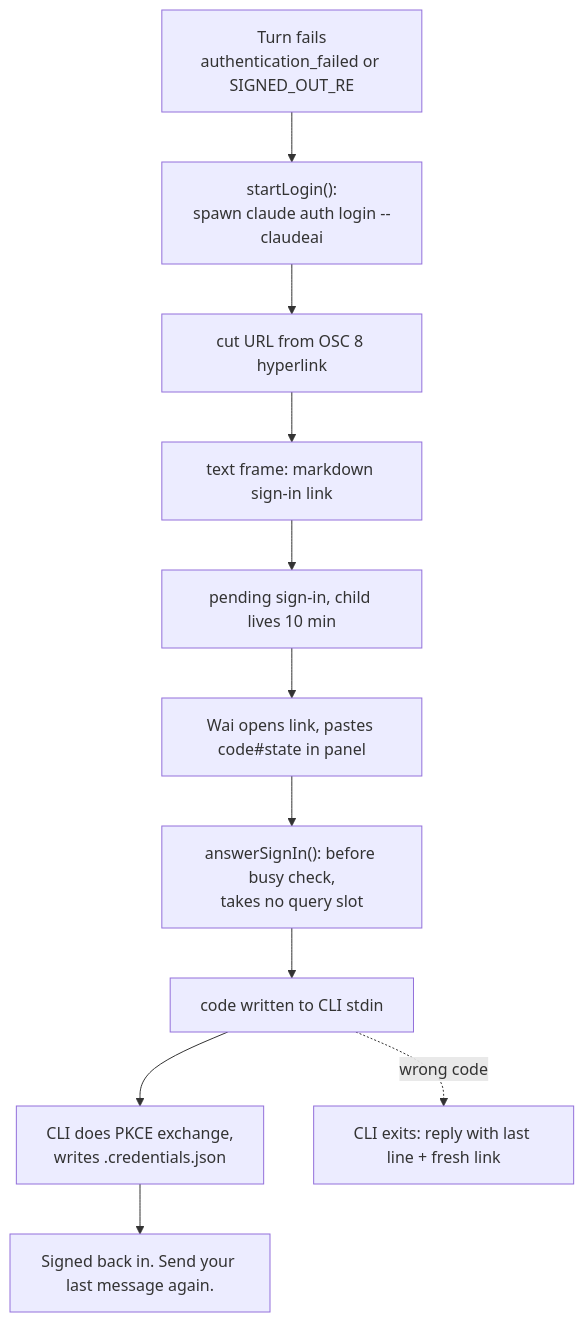
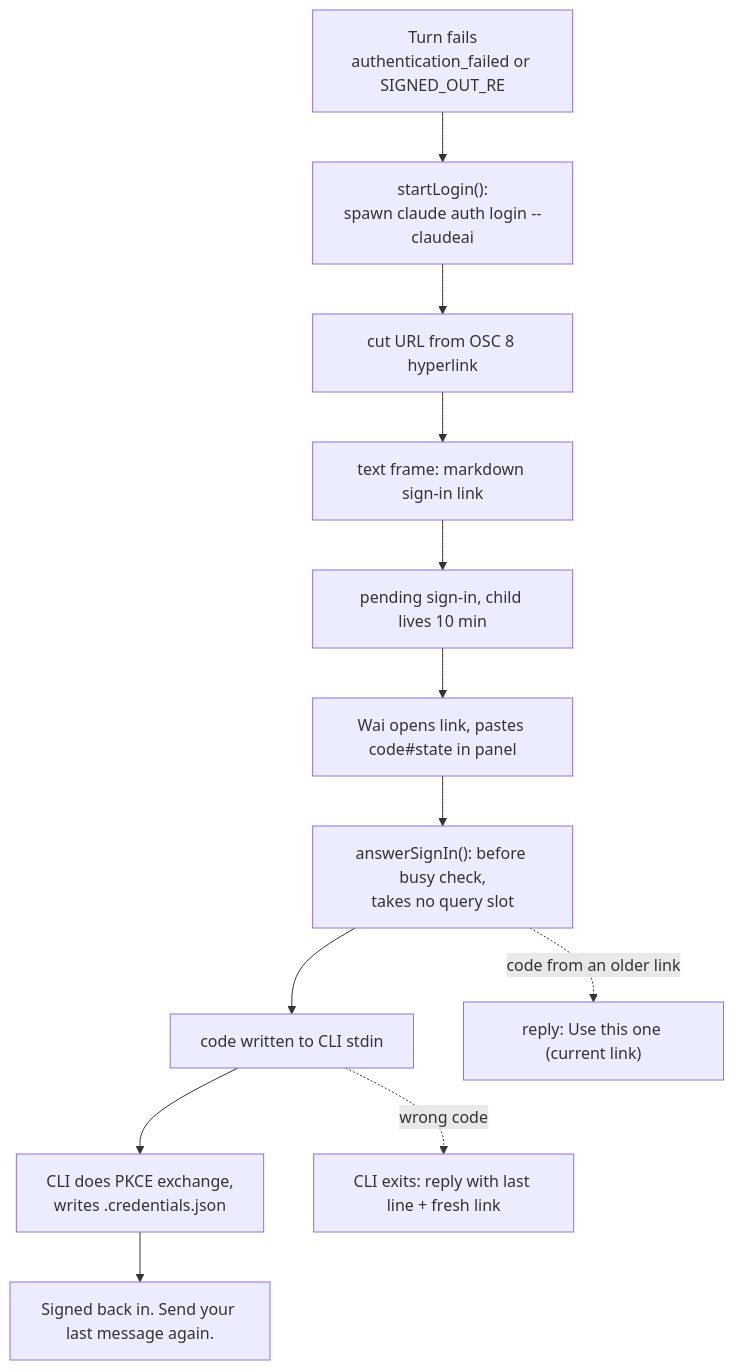
The diagram in docs/arch/login.mmd (wai-lau/cc-sidecar), drawn with Mermaid before and after one commit. The commit also changed 10 other files, not shown here.

```diff
--- a/docs/arch/login.mmd
+++ b/docs/arch/login.mmd
@@ -1,11 +1,12 @@
 flowchart TD
     turn["Turn fails<br/>authentication_failed or SIGNED_OUT_RE"] --> start["startLogin():<br/>spawn claude auth login --claudeai"]
     start --> url["cut URL from OSC 8 hyperlink"]
     url --> reply["text frame: markdown sign-in link"]
     reply --> wait["pending sign-in, child lives 10 min"]
     wait --> paste["Wai opens link, pastes code#state in panel"]
     paste --> ans["answerSignIn(): before busy check,<br/>takes no query slot"]
     ans --> stdin["code written to CLI stdin"]
     stdin --> cli["CLI does PKCE exchange,<br/>writes .credentials.json"]
     cli --> ok["Signed back in. Send your last message again."]
-    stdin -.wrong code.-> fresh["CLI exits: reply with last line + fresh link"]
+    stdin -. "wrong code" .-> fresh["CLI exits: reply with last line + fresh link"]
+    ans -. "code from an older link" .-> stale["reply: Use this one (current link)"]
```
